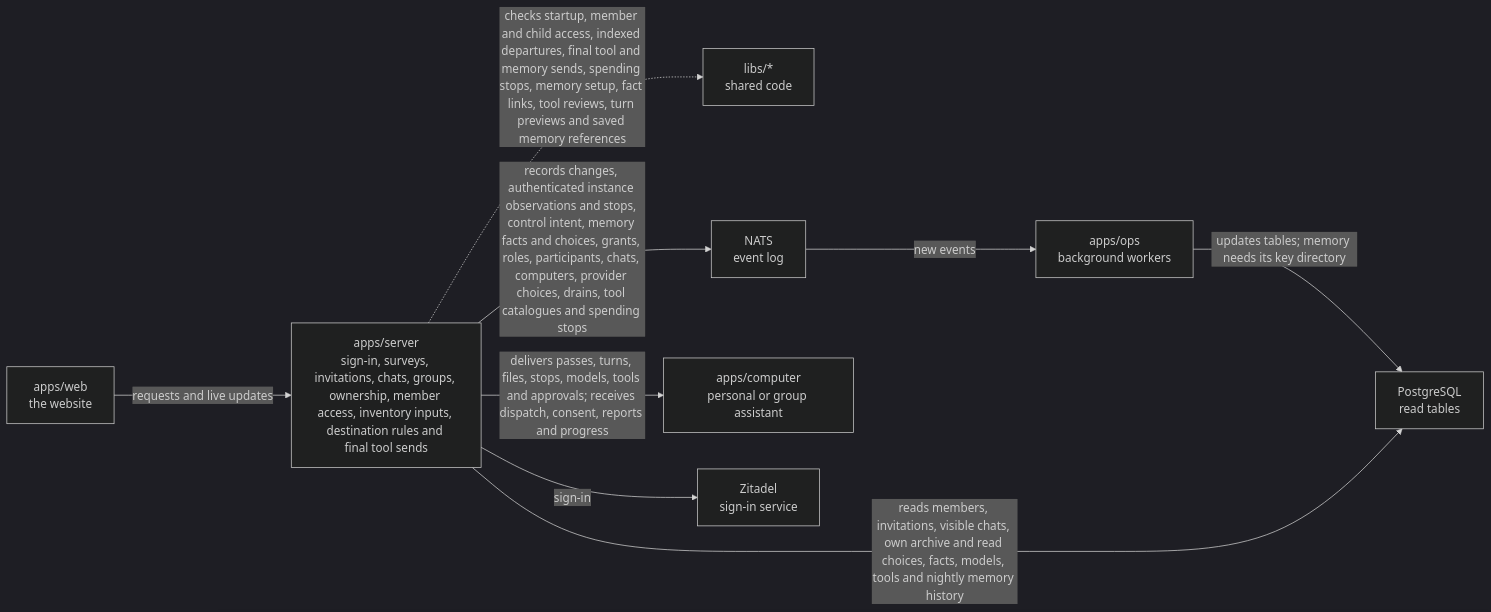
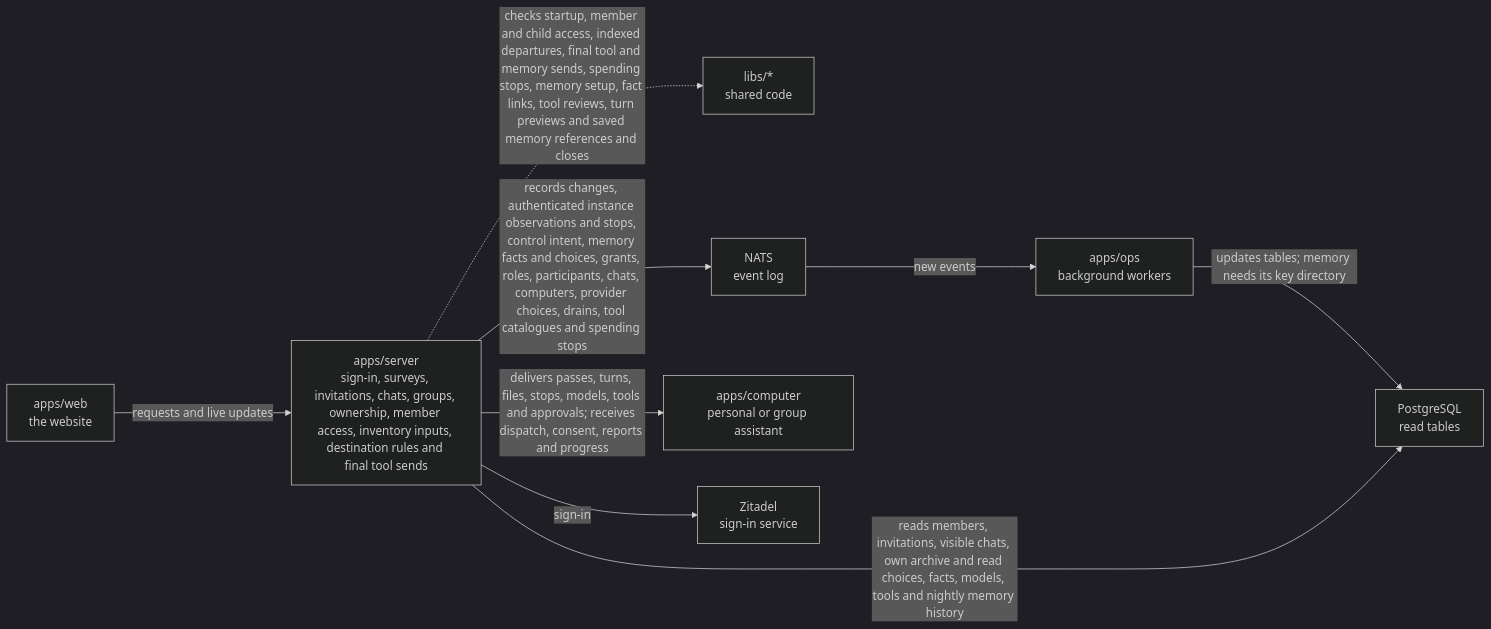
One commit to elewa-git/opencrane-new changed the diagram in apps/server/README.md. Above: the diagram before and after it, drawn with Mermaid (dark theme). The commit also changed other lines of this file and 8 other files, not shown here.

Commit message:
🩹 Keep private memory evidence out of chat and honour conversation closes

````diff
--- a/apps/server/README.md
+++ b/apps/server/README.md
@@ -11,11 +11,11 @@
 ```mermaid
 flowchart LR
   web["apps/web<br/>the website"] -->|requests and live updates| server["apps/server<br/>sign-in, surveys, invitations, chats, groups, ownership, member access, inventory inputs, destination rules and final tool sends"]
-  server -.->|checks startup, member and child access, indexed departures, final tool and memory sends, spending stops, memory setup, fact links, tool reviews, turn previews and saved memory references| libs["libs/*<br/>shared code"]
+  server -.->|checks startup, member and child access, indexed departures, final tool and memory sends, spending stops, memory setup, fact links, tool reviews, turn previews and saved memory references and closes| libs["libs/*<br/>shared code"]
   server -->|records changes, authenticated instance observations and stops, control intent, memory facts and choices, grants, roles, participants, chats, computers, provider choices, drains, tool catalogues and spending stops| nats["NATS<br/>event log"]
   nats -->|new events| ops["apps/ops<br/>background workers"]
   ops -->|updates tables; memory needs its key directory| postgres["PostgreSQL<br/>read tables"]
   server -->|reads members, invitations, visible chats, own archive and read choices, facts, models, tools and nightly memory history| postgres
   server -->|delivers passes, turns, files, stops, models, tools and approvals; receives dispatch, consent, reports and progress| computer["apps/computer<br/>personal or group assistant"]
   server -->|sign-in| zitadel["Zitadel<br/>sign-in service"]
 ```
````
